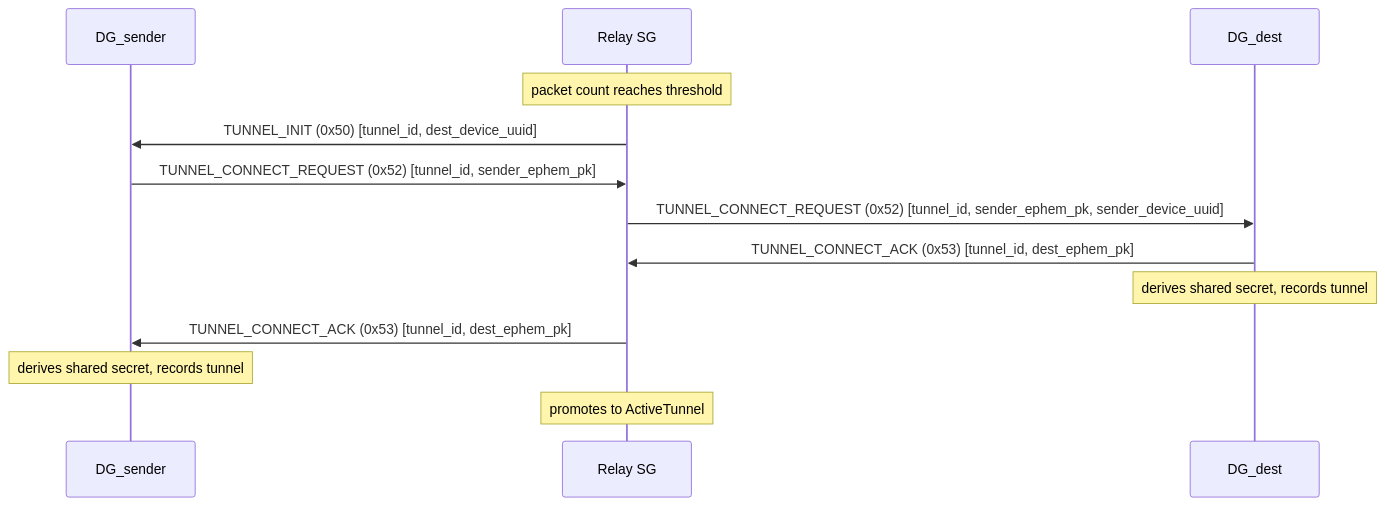
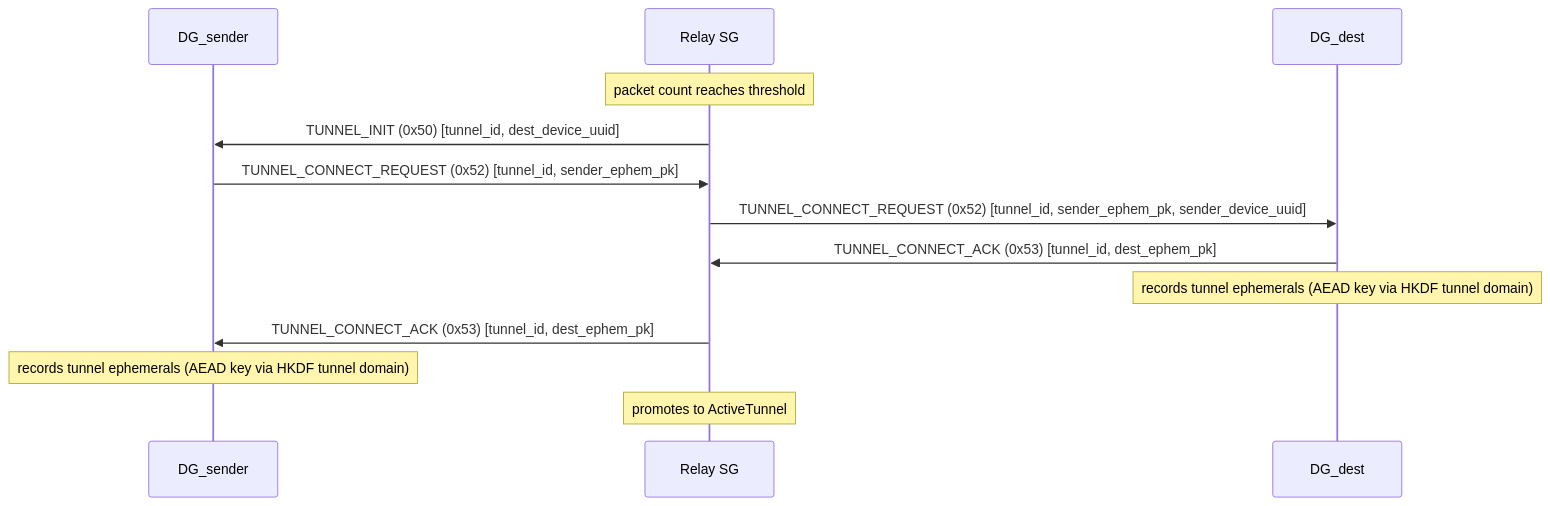
One commit to Cognaiscance/pNet changed the second of 2 diagrams in descriptions/Data transport diagram.md. Above: the diagram before and after it, drawn with Mermaid. The commit also changed other lines of this file and 15 other files, not shown here.

First line of the commit message:
Phase 4 crypto hygiene: HKDF AEAD keys and typed Ed25519/X25519 pairs

````diff
--- a/descriptions/Data transport diagram.md
+++ b/descriptions/Data transport diagram.md
@@ -81,16 +81,16 @@
 ```mermaid
 sequenceDiagram
     participant DG_s  as DG_sender
     participant SG    as Relay SG
     participant DG_d  as DG_dest
 
     Note over SG: packet count reaches threshold
     SG->>DG_s: TUNNEL_INIT (0x50) [tunnel_id, dest_device_uuid]
     DG_s->>SG: TUNNEL_CONNECT_REQUEST (0x52) [tunnel_id, sender_ephem_pk]
     SG->>DG_d: TUNNEL_CONNECT_REQUEST (0x52) [tunnel_id, sender_ephem_pk, sender_device_uuid]
     DG_d->>SG: TUNNEL_CONNECT_ACK (0x53) [tunnel_id, dest_ephem_pk]
-    Note over DG_d: derives shared secret, records tunnel
+    Note over DG_d: records tunnel ephemerals (AEAD key via HKDF tunnel domain)
     SG->>DG_s: TUNNEL_CONNECT_ACK (0x53) [tunnel_id, dest_ephem_pk]
-    Note over DG_s: derives shared secret, records tunnel
+    Note over DG_s: records tunnel ephemerals (AEAD key via HKDF tunnel domain)
     Note over SG: promotes to ActiveTunnel
 ```
````
